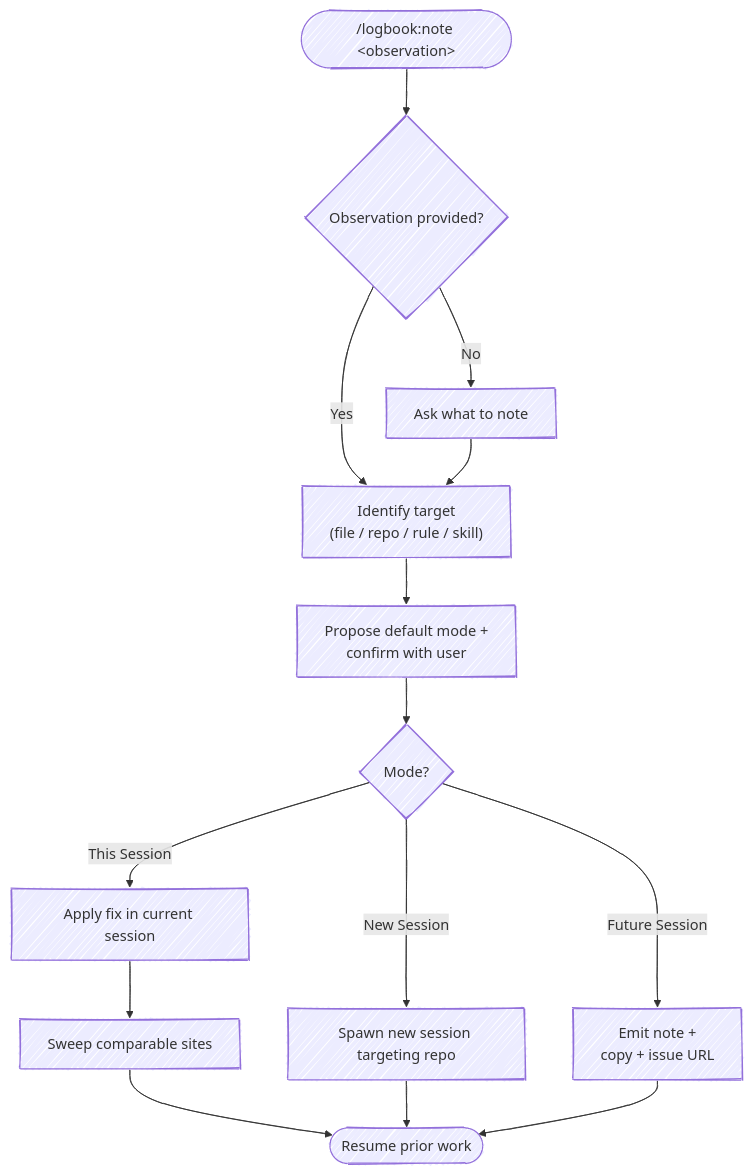
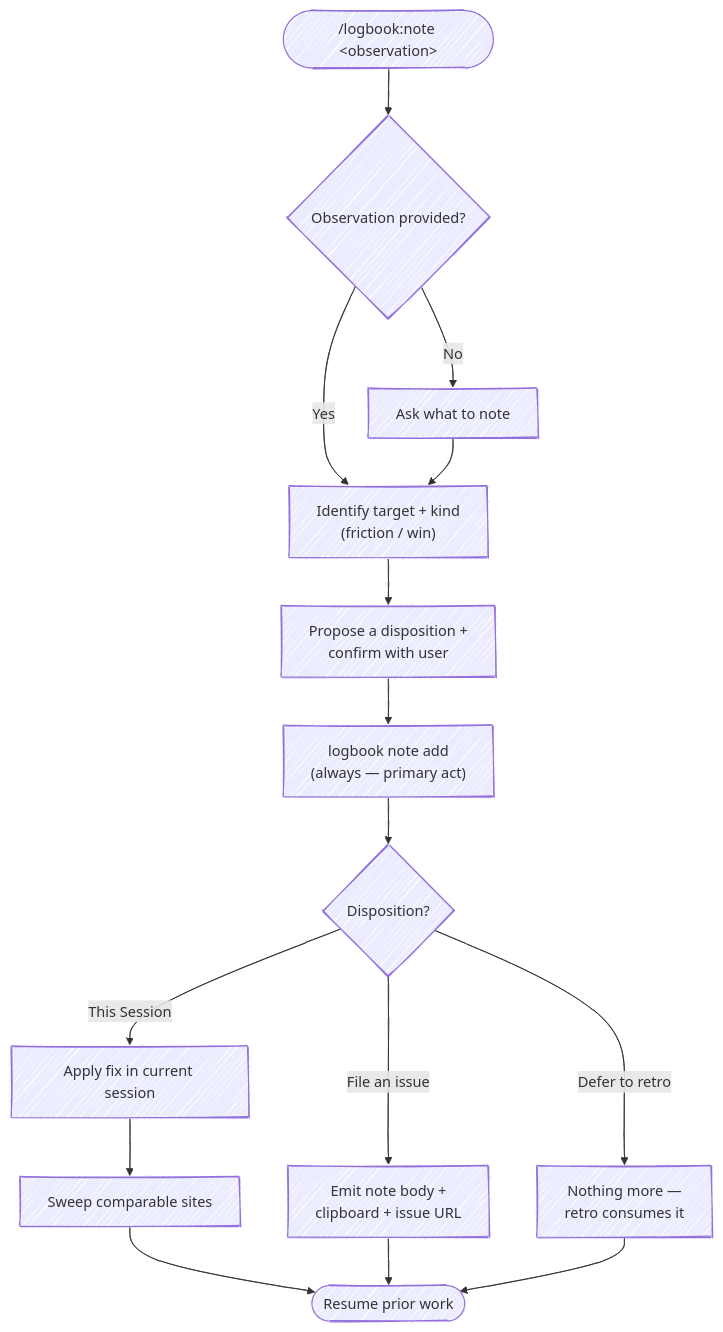
The first of 2 diagrams in skills/note/SKILL.md (chris-peterson/logbook), drawn with Mermaid before and after one commit. The commit also changed other lines of this file and 8 other files, not shown here.

````diff
--- a/skills/note/SKILL.md
+++ b/skills/note/SKILL.md
@@ -18,17 +28,18 @@
 ```mermaid
 %%{ init: { 'look': 'handDrawn' } }%%
 flowchart TD
     Start(["/logbook:note &lt;observation&gt;"]) --> HasArgs{Observation provided?}
     HasArgs -->|No| Ask["Ask what to note"]
-    HasArgs -->|Yes| Identify["Identify target<br/>(file / repo / rule / skill)"]
+    HasArgs -->|Yes| Identify["Identify target + kind<br/>(friction / win)"]
     Ask --> Identify
-    Identify --> Propose["Propose default mode +<br/>confirm with user"]
-    Propose --> Mode{Mode?}
+    Identify --> Disp["Propose a disposition +<br/>confirm with user"]
+    Disp --> Record["logbook note add<br/>(always — primary act)"]
+    Record --> Mode{Disposition?}
     Mode -->|This Session| Apply["Apply fix in current session"]
     Apply --> Sweep["Sweep comparable sites"]
     Sweep --> Resume([Resume prior work])
-    Mode -->|New Session| Tab["Spawn new session targeting repo"]
-    Tab --> Resume
-    Mode -->|Future Session| Emit["Emit note +<br/>copy + issue URL"]
+    Mode -->|File an issue| Emit["Emit note body +<br/>clipboard + issue URL"]
     Emit --> Resume
+    Mode -->|Defer to retro| Done["Nothing more —<br/>retro consumes it"]
+    Done --> Resume
 ```
````
